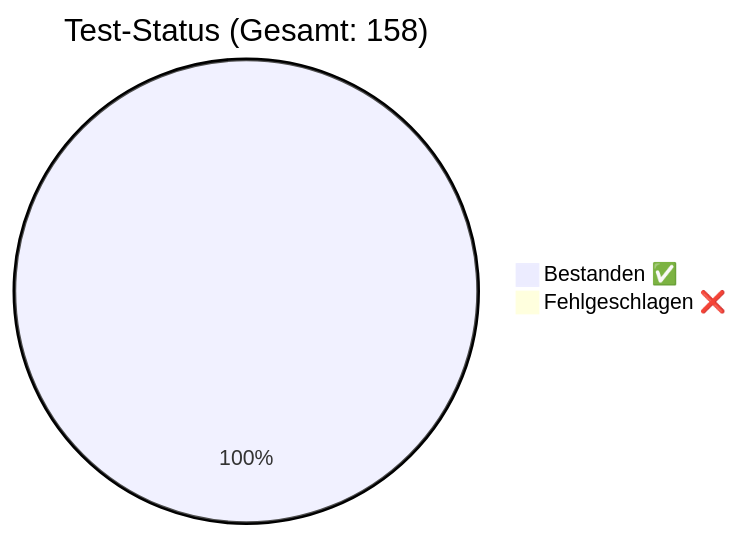
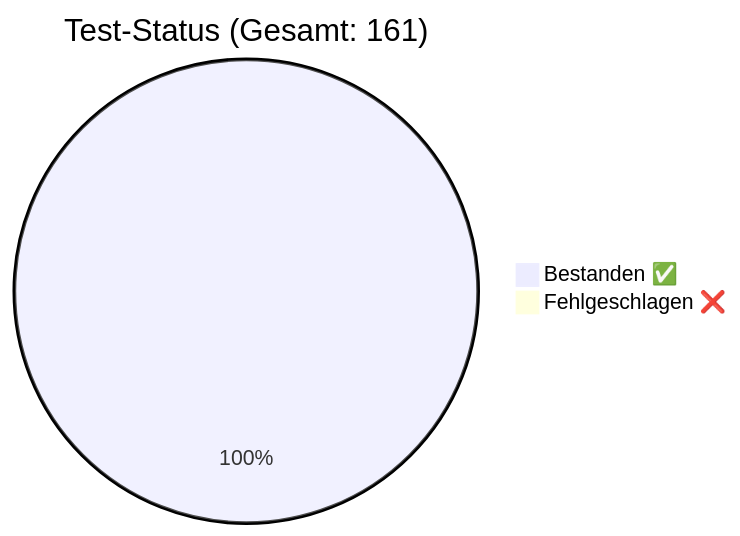
One commit to rorila/GCS changed the diagram in docs/QA_Report.md. Above: the diagram before and after it, drawn with Mermaid. The commit also changed other lines of this file and 2 other files, not shown here.

Commit message:
Test: HTML-Injection coverage across JSON import and Inspector payload

````diff
--- a/docs/QA_Report.md
+++ b/docs/QA_Report.md
@@ -7,5 +7,5 @@
 ```mermaid
-pie title Test-Status (Gesamt: 158)
-    "Bestanden ✅" : 158
+pie title Test-Status (Gesamt: 161)
+    "Bestanden ✅" : 161
     "Fehlgeschlagen ❌" : 0
 ```
````
